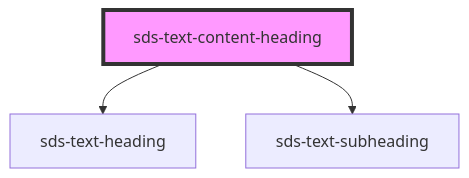
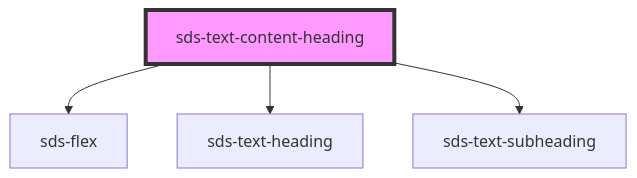
The diagram in packages/sds-web-components/src/ui/primitives/Text/sds-text-content-heading/readme.md (chodgesfigma/sds-mono), drawn with Mermaid before and after one commit. The commit also changed other lines of this file and 5 other files, not shown here.

````diff
--- a/packages/sds-web-components/src/ui/primitives/Text/sds-text-content-heading/readme.md
+++ b/packages/sds-web-components/src/ui/primitives/Text/sds-text-content-heading/readme.md
@@ -23,6 +24,7 @@
 ```mermaid
 graph TD;
+  sds-text-content-heading --> sds-flex
   sds-text-content-heading --> sds-text-heading
   sds-text-content-heading --> sds-text-subheading
   style sds-text-content-heading fill:#f9f,stroke:#333,stroke-width:4px
 ```
````
